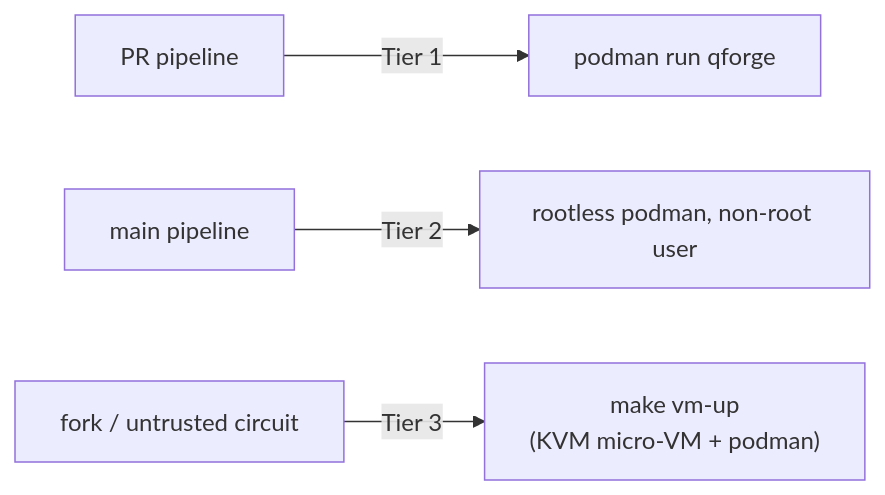
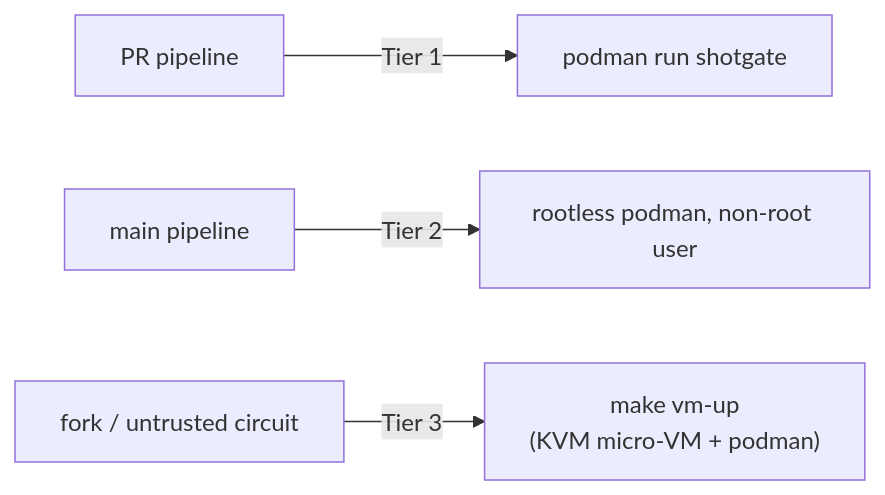
One commit to coldqubit/shotgate changed the third of 3 diagrams in docs/pipeline.md. Above: the diagram before and after it, drawn with Mermaid. The commit also changed other lines of this file and 66 other files, not shown here.

````diff
--- a/docs/pipeline.md
+++ b/docs/pipeline.md
@@ -79,6 +118,6 @@
 ```mermaid
 flowchart LR
-    pr["PR pipeline"] -->|"Tier 1"| c["podman run qforge"]
+    pr["PR pipeline"] -->|"Tier 1"| c["podman run shotgate"]
     main["main pipeline"] -->|"Tier 2"| c2["rootless podman, non-root user"]
     untrusted["fork / untrusted circuit"] -->|"Tier 3"| vm["make vm-up<br/>(KVM micro-VM + podman)"]
 ```
````
